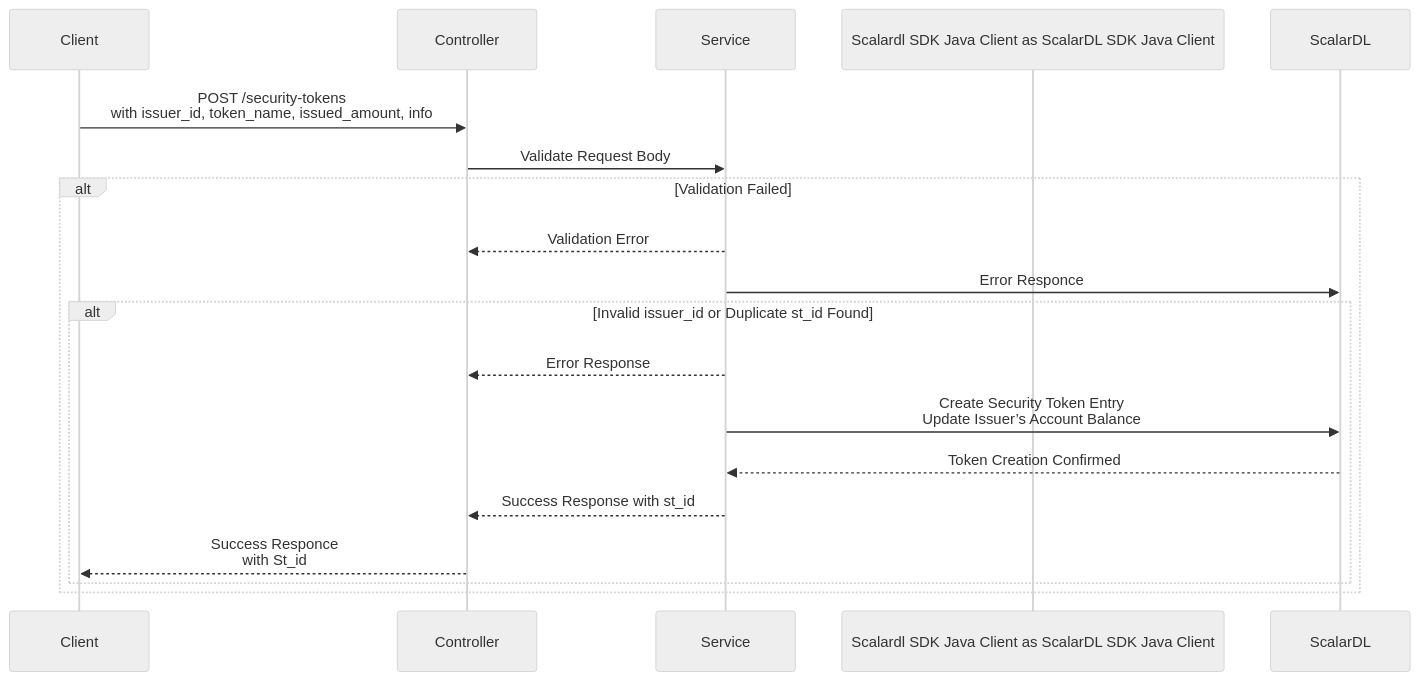
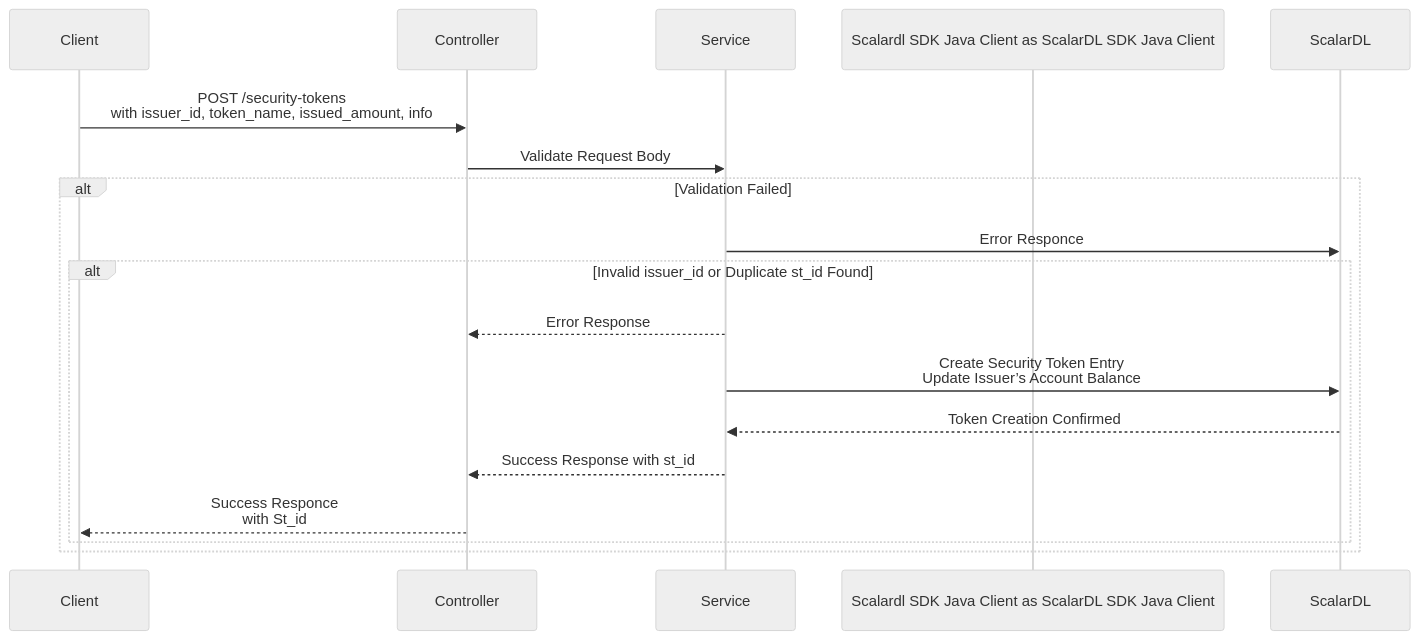
The diagram in new_create_security_token.md (MayuriSutar12/protocol_8_api_doc), drawn with Mermaid (neutral theme) before and after one commit.

````diff
--- a/new_create_security_token.md
+++ b/new_create_security_token.md
@@ -2,23 +2,22 @@
 ```mermaid
 sequenceDiagram
     participant Client as Client
     participant Controller as Controller
     participant Service as Service
     participant Scalardl SDK Java Client as ScalarDL SDK Java Client 
     participant Scalardl as ScalarDL
    
 
     Client ->> Controller: POST /security-tokens<br/>with issuer_id, token_name, issued_amount, info
     Controller ->> Service: Validate Request Body
     alt Validation Failed
-        Service -->> Controller: Validation Error
         Service ->> Scalardl:  Error Responce
         alt Invalid issuer_id or Duplicate st_id Found
             Service -->> Controller: Error Response
             Service ->> Scalardl: Create Security Token Entry<br/>Update Issuer’s Account Balance
             Scalardl -->> Service: Token Creation Confirmed
             Service -->> Controller: Success Response with st_id
             Controller -->> Client: Success Responce<br/>with St_id
         end
     end
 ```
````
